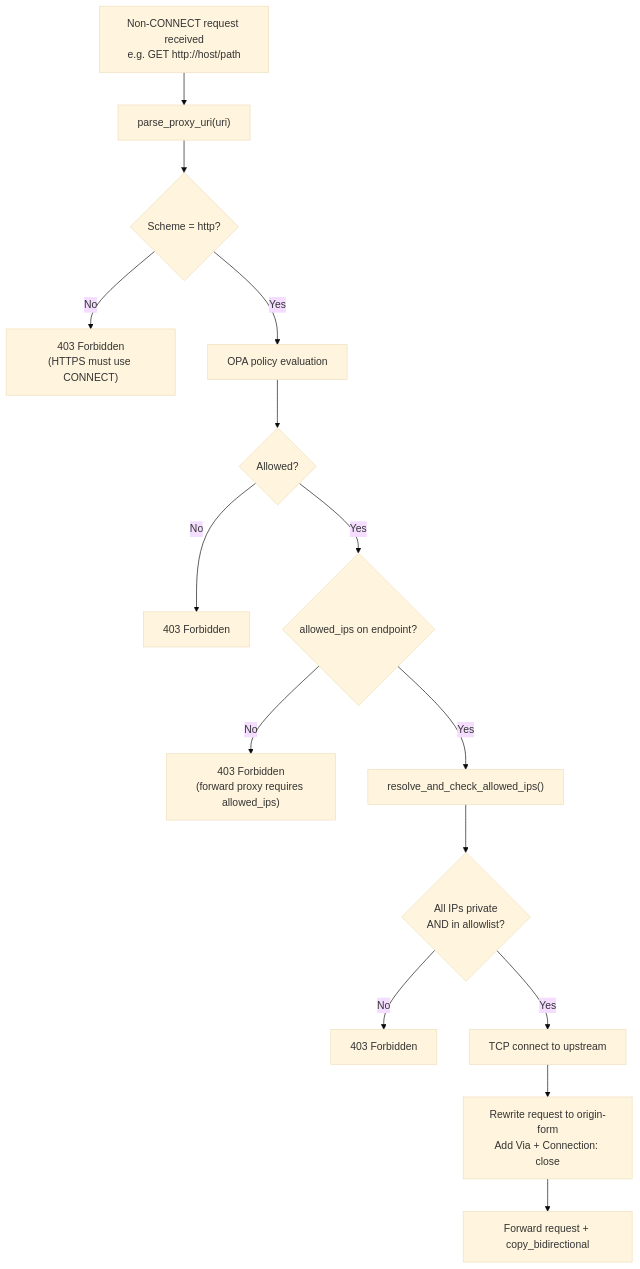
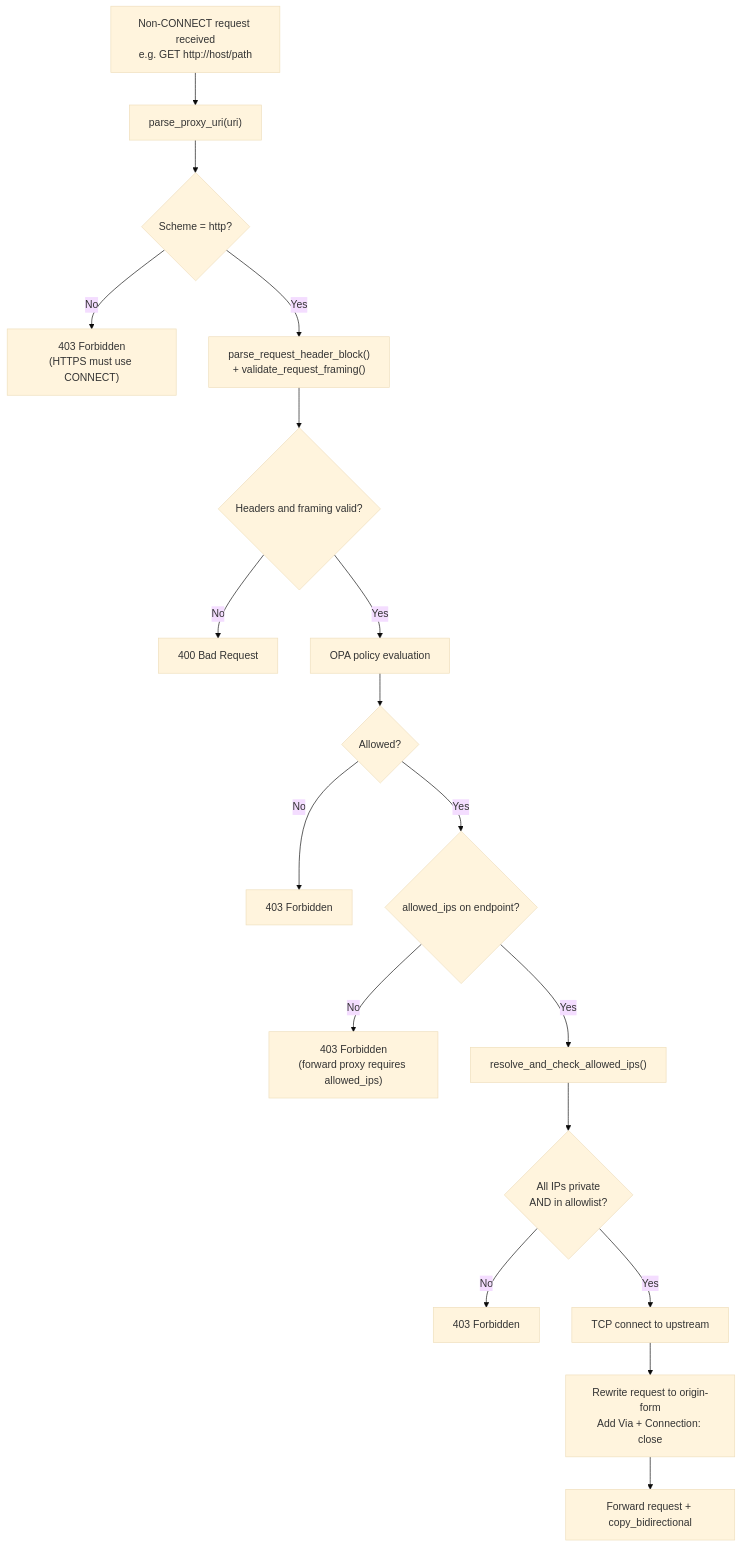
One commit to areporeporepo/OpenShell changed the fourth of 6 diagrams in architecture/security-policy.md. Above: the diagram before and after it, drawn with Mermaid (base theme). The commit also changed other lines of this file and 1 other file, not shown here.

Commit message:
fix(proxy): tighten header parsing and docs

````diff
--- a/architecture/security-policy.md
+++ b/architecture/security-policy.md
@@ -730,17 +731,20 @@
 ```mermaid
 flowchart TD
     A["Non-CONNECT request received<br/>e.g. GET http://host/path"] --> B["parse_proxy_uri(uri)"]
     B --> C{Scheme = http?}
     C -- No --> D["403 Forbidden<br/>(HTTPS must use CONNECT)"]
-    C -- Yes --> E["OPA policy evaluation"]
-    E --> F{Allowed?}
-    F -- No --> G["403 Forbidden"]
-    F -- Yes --> H{allowed_ips on endpoint?}
-    H -- No --> I["403 Forbidden<br/>(forward proxy requires allowed_ips)"]
-    H -- Yes --> J["resolve_and_check_allowed_ips()"]
-    J --> K{All IPs private<br/>AND in allowlist?}
-    K -- No --> L["403 Forbidden"]
-    K -- Yes --> M["TCP connect to upstream"]
-    M --> N["Rewrite request to origin-form<br/>Add Via + Connection: close"]
-    N --> O["Forward request + copy_bidirectional"]
+    C -- Yes --> E["parse_request_header_block()<br/>+ validate_request_framing()"]
+    E --> F{Headers and framing valid?}
+    F -- No --> G["400 Bad Request"]
+    F -- Yes --> H["OPA policy evaluation"]
+    H --> I{Allowed?}
+    I -- No --> J["403 Forbidden"]
+    I -- Yes --> K{allowed_ips on endpoint?}
+    K -- No --> L["403 Forbidden<br/>(forward proxy requires allowed_ips)"]
+    K -- Yes --> M["resolve_and_check_allowed_ips()"]
+    M --> N{All IPs private<br/>AND in allowlist?}
+    N -- No --> O["403 Forbidden"]
+    N -- Yes --> P["TCP connect to upstream"]
+    P --> Q["Rewrite request to origin-form<br/>Add Via + Connection: close"]
+    Q --> R["Forward request + copy_bidirectional"]
 ```
````
